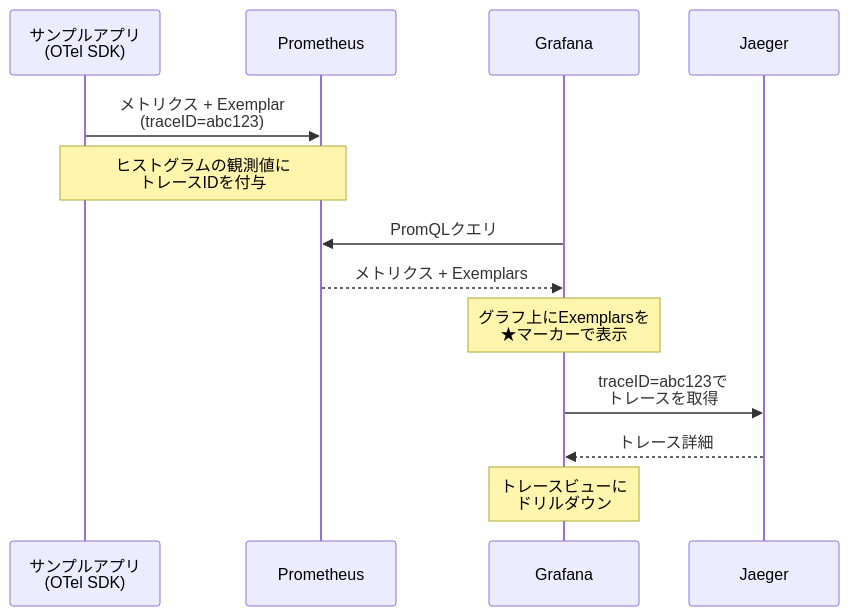
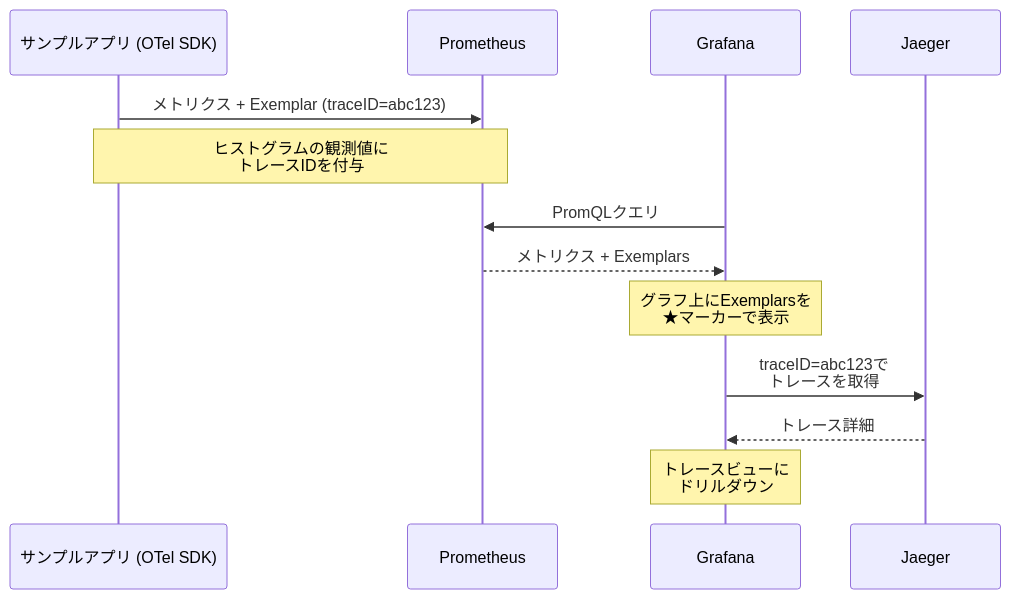
One commit to sogawa-yk/cloudnative-ecosystem-book changed the third of 5 diagrams in manuscript/ch05/ch05.md. Above: the diagram before and after it, drawn with Mermaid. The commit also changed 5 other files, not shown here.

First line of the commit message:
Mermaid構文エラーを修正（6ファイル）

````diff
--- a/manuscript/ch05/ch05.md
+++ b/manuscript/ch05/ch05.md
@@ -252,18 +252,18 @@
 ```mermaid
 sequenceDiagram
-    participant App as サンプルアプリ<br/>(OTel SDK)
+    participant App as サンプルアプリ (OTel SDK)
     participant Prom as Prometheus
     participant Grafana as Grafana
     participant Jaeger as Jaeger
 
-    App->>Prom: メトリクス + Exemplar<br/>(traceID=abc123)
+    App->>Prom: メトリクス + Exemplar (traceID=abc123)
     Note over App,Prom: ヒストグラムの観測値に<br/>トレースIDを付与
 
     Grafana->>Prom: PromQLクエリ
     Prom-->>Grafana: メトリクス + Exemplars
     Note over Grafana: グラフ上にExemplarsを<br/>★マーカーで表示
 
     Grafana->>Jaeger: traceID=abc123で<br/>トレースを取得
     Jaeger-->>Grafana: トレース詳細
     Note over Grafana: トレースビューに<br/>ドリルダウン
 ```
````
